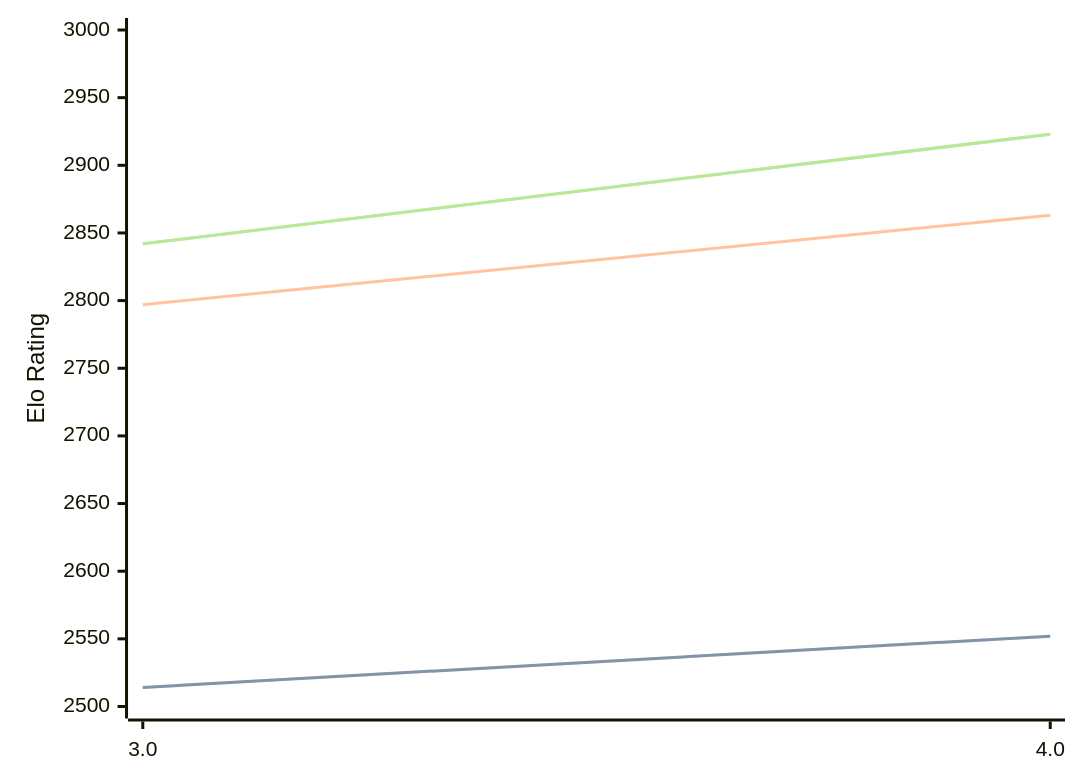
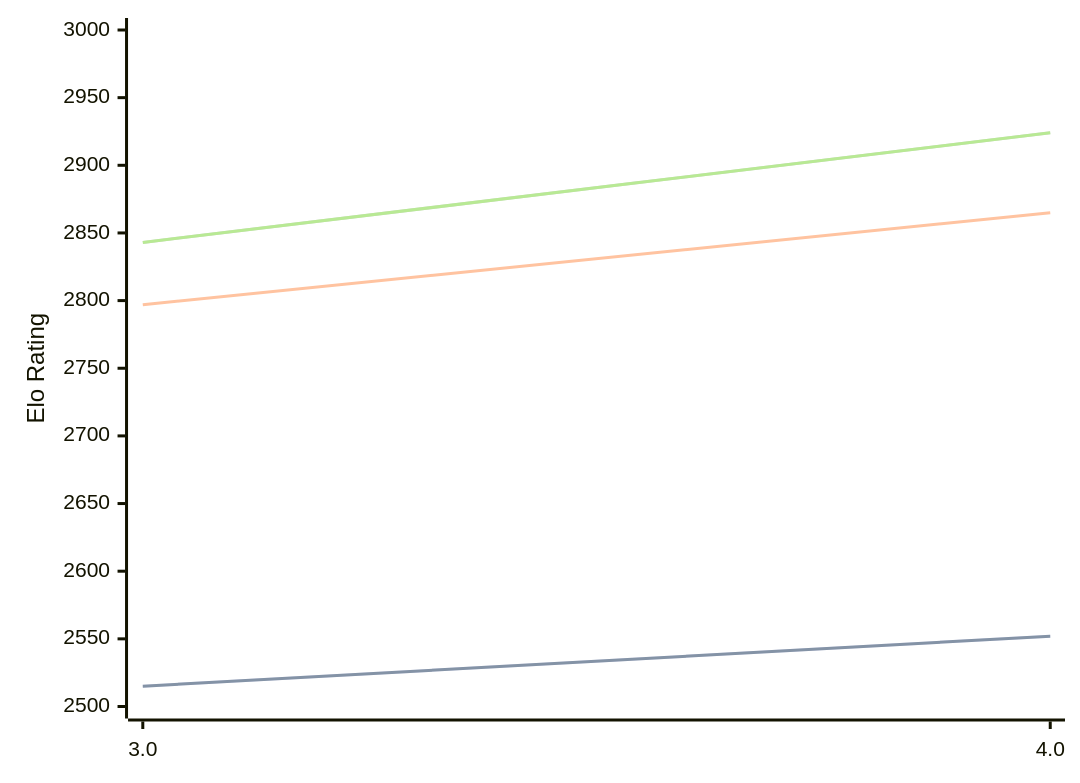
The diagram in engines/Chess3.md (computer-chess-index/cci), drawn with Mermaid before and after one commit. The commit also changed other lines of this file, not shown here.

Commit message:
Update CCI Ratings (ELO VLTC) - 2026-05-01

````diff
--- a/engines/Chess3.md
+++ b/engines/Chess3.md
@@ -34,11 +34,11 @@
 ```mermaid
 %%{init: {"theme":"base","themeVariables":{"seriesColors:['#a3a3a3','#222221','#faa371']}}}%%
 xychart-beta
   x-axis ["3.0", "4.0"]
   y-axis "Elo Rating" 2500 --> 3000
-  line "STC (8.0+0.08s)" [2514, 2552]
-  line "STC (8.0+0.08s)" [2514, 2552]
-  line "LTC (60.0+0.60s)" [2797, 2863]
-  line "VLTC (2m24s+1.12s)" [2842, 2923]
-  line "VLTC (2m24s+1.12s)" [2842, 2923]
+  line "STC (8.0+0.08s)" [2515, 2552]
+  line "STC (8.0+0.08s)" [2515, 2552]
+  line "LTC (60.0+0.60s)" [2797, 2865]
+  line "VLTC (2m24s+1.12s)" [2843, 2924]
+  line "VLTC (2m24s+1.12s)" [2843, 2924]
 ```
````
